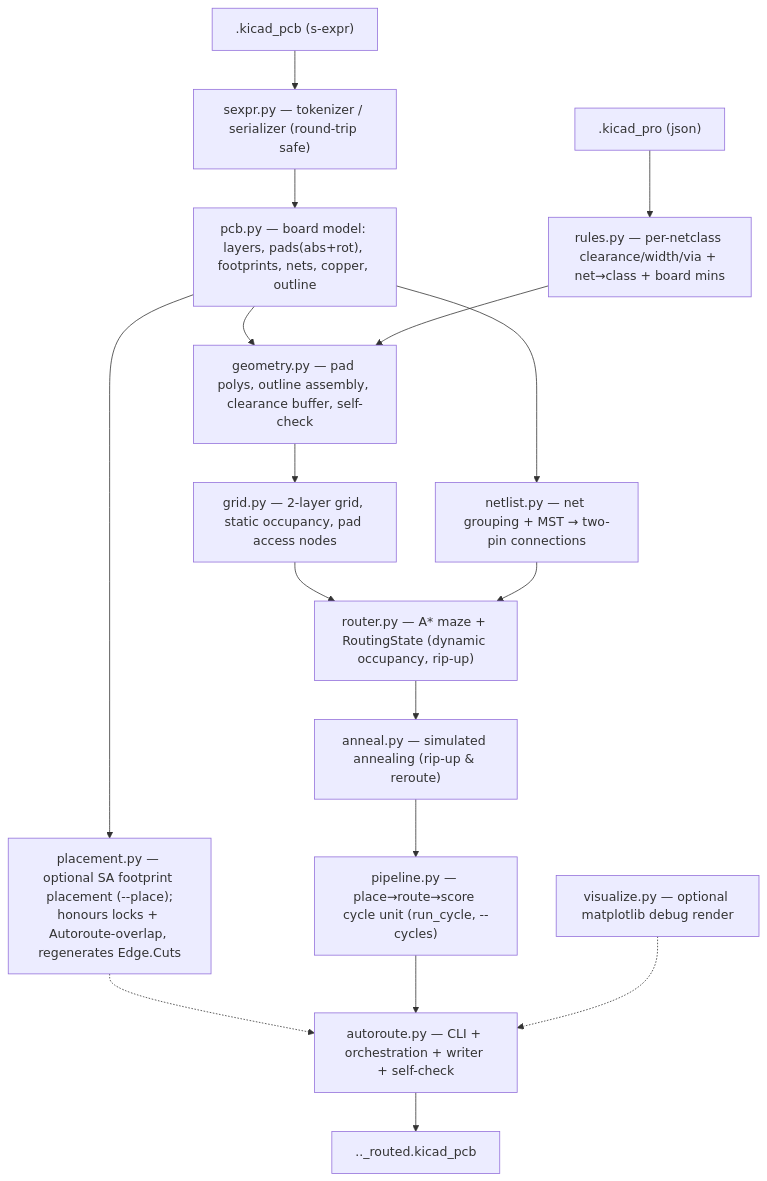
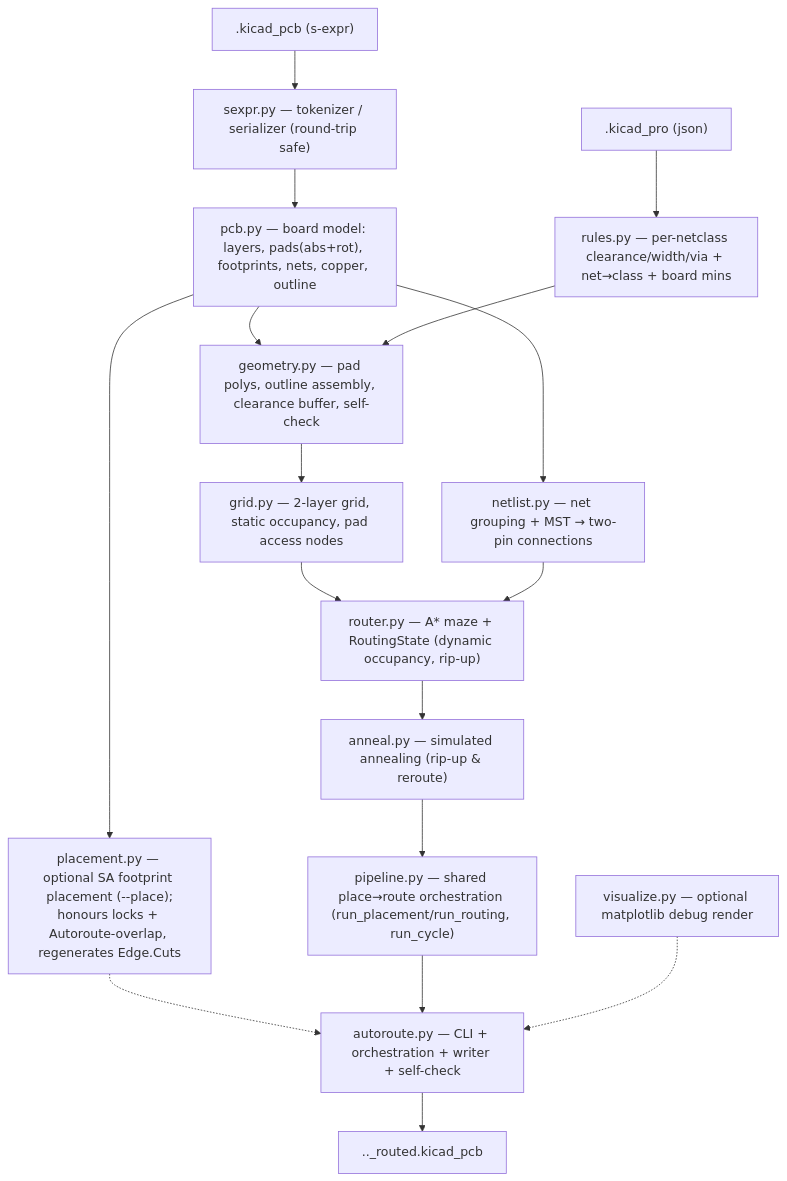
One commit to dqmcdonald/PyAutoRoute changed the diagram in docs/architecture.md. Above: the diagram before and after it, drawn with Mermaid. The commit also changed other lines of this file and 5 other files, not shown here.

First line of the commit message:
refactor(gui): route the GUI worker through pipeline.run_placement/run_routing

````diff
--- a/docs/architecture.md
+++ b/docs/architecture.md
@@ -23,19 +23,19 @@
 ```mermaid
 flowchart TD
   PCB[".kicad_pcb (s-expr)"] --> sexpr
   PRO[".kicad_pro (json)"] --> rules
   sexpr["sexpr.py — tokenizer / serializer (round-trip safe)"] --> pcb
   pcb["pcb.py — board model: layers, pads(abs+rot), footprints, nets, copper, outline"] --> netlist
   pcb --> placement
   placement["placement.py — optional SA footprint placement (--place);<br/>honours locks + Autoroute-overlap, regenerates Edge.Cuts"] -.-> autoroute
   pcb --> geometry
   rules["rules.py — per-netclass clearance/width/via + net→class + board mins"] --> geometry
   geometry["geometry.py — pad polys, outline assembly, clearance buffer, self-check"] --> grid
   grid["grid.py — 2-layer grid, static occupancy, pad access nodes"] --> router
   netlist["netlist.py — net grouping + MST → two-pin connections"] --> router
   router["router.py — A* maze + RoutingState (dynamic occupancy, rip-up)"] --> anneal
   anneal["anneal.py — simulated annealing (rip-up & reroute)"] --> pipeline
-  pipeline["pipeline.py — place→route→score cycle unit (run_cycle, --cycles)"] --> autoroute
+  pipeline["pipeline.py — shared place→route orchestration (run_placement/run_routing, run_cycle)"] --> autoroute
   autoroute["autoroute.py — CLI + orchestration + writer + self-check"] --> OUT[".._routed.kicad_pcb"]
   visualize["visualize.py — optional matplotlib debug render"] -.-> autoroute
 ```
````
